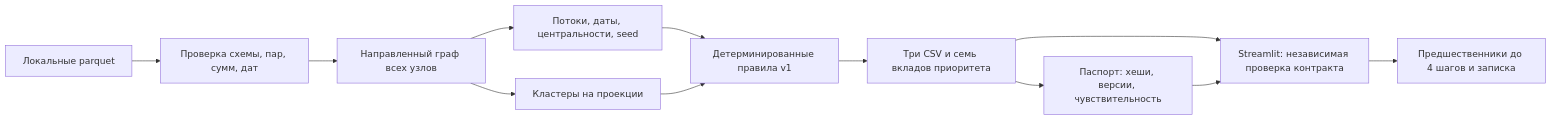
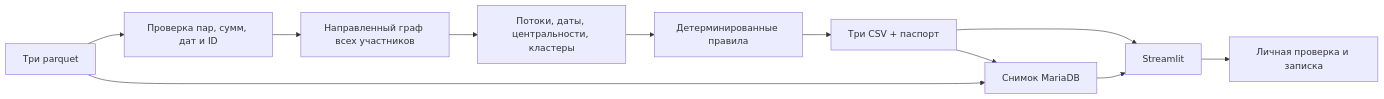
The diagram in README.md (BAITC-Hacks/hack-cce91bcc-adilet-ai), drawn with Mermaid before and after one commit. The commit also changed other lines of this file and 19 other files, not shown here.

````diff
--- a/README.md
+++ b/README.md
@@ -100,14 +250,13 @@
 ```mermaid
 flowchart LR
-  P[Локальные parquet] --> V[Проверка схемы, пар, сумм, дат]
-  V --> G[Направленный граф всех узлов]
-  G --> F[Потоки, даты, центральности, seed]
-  G --> C[Кластеры на проекции]
-  F --> R[Детерминированные правила v1]
-  C --> R
-  R --> E[Три CSV и семь вкладов приоритета]
-  E --> A[Паспорт: хеши, версии, чувствительность]
-  E --> U[Streamlit: независимая проверка контракта]
-  A --> U
-  U --> I[Предшественники до 4 шагов и записка]
+  P[Три parquet] --> V[Проверка пар, сумм, дат и ID]
+  V --> G[Направленный граф всех участников]
+  G --> F[Потоки, даты, центральности, кластеры]
+  F --> R[Детерминированные правила]
+  R --> E[Три CSV + паспорт]
+  E --> U[Streamlit]
+  P --> M[Снимок MariaDB]
+  E --> M
+  M --> U
+  U --> N[Личная проверка и записка]
 ```
````
